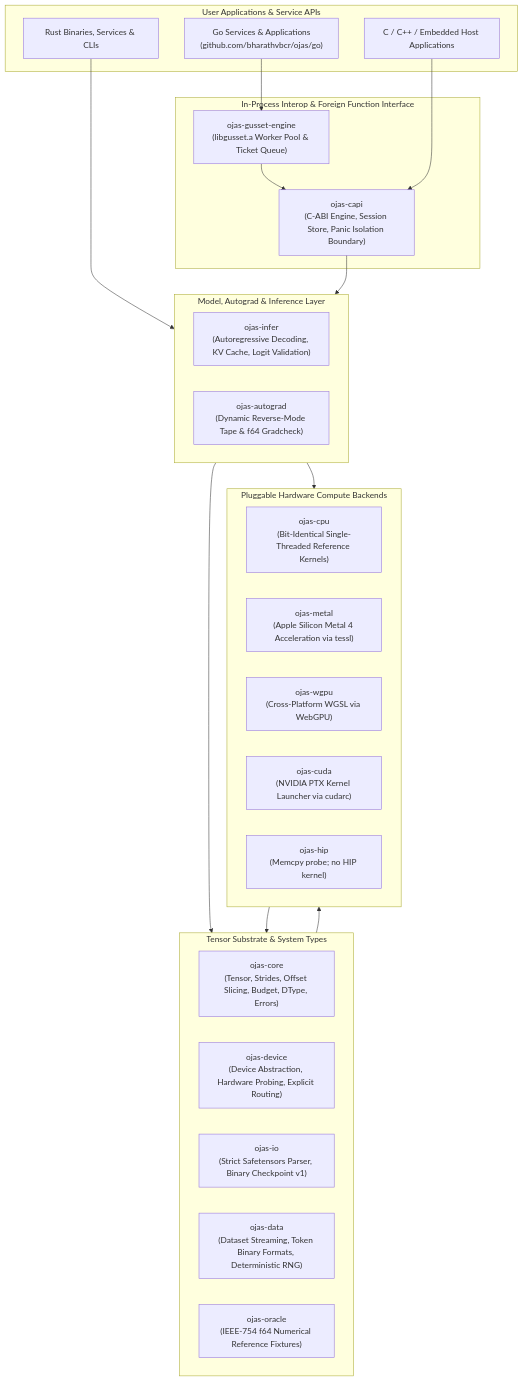
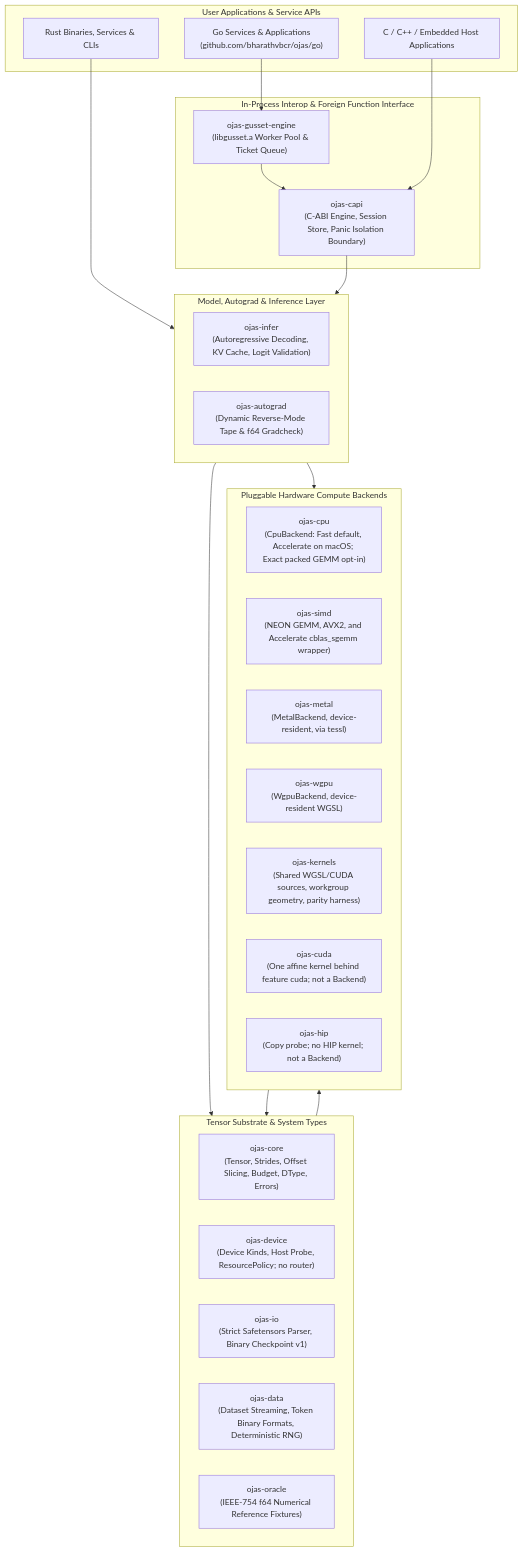
Before and after one commit to bharathvbcr/ojas: the second of 8 diagrams in README.md, drawn with Mermaid. The commit also changed other lines of this file and 341 other files, not shown here.

````diff
--- a/README.md
+++ b/README.md
@@ -56,45 +83,47 @@
 ```mermaid
 flowchart TD
     subgraph Applications["User Applications & Service APIs"]
         GoApp["Go Services & Applications\n(github.com/bharathvbcr/ojas/go)"]
         RustApp["Rust Binaries, Services & CLIs"]
         ForeignApp["C / C++ / Embedded Host Applications"]
     end
 
     subgraph Interop["In-Process Interop & Foreign Function Interface"]
         Gusset["ojas-gusset-engine\n(libgusset.a Worker Pool & Ticket Queue)"]
         CAPI["ojas-capi\n(C-ABI Engine, Session Store, Panic Isolation Boundary)"]
     end
 
     subgraph HighLevel["Model, Autograd & Inference Layer"]
         Infer["ojas-infer\n(Autoregressive Decoding, KV Cache, Logit Validation)"]
         Autograd["ojas-autograd\n(Dynamic Reverse-Mode Tape & f64 Gradcheck)"]
     end
 
     subgraph CoreEngine["Tensor Substrate & System Types"]
         Core["ojas-core\n(Tensor, Strides, Offset Slicing, Budget, DType, Errors)"]
-        Device["ojas-device\n(Device Abstraction, Hardware Probing, Explicit Routing)"]
+        Device["ojas-device\n(Device Kinds, Host Probe, ResourcePolicy; no router)"]
         IO["ojas-io\n(Strict Safetensors Parser, Binary Checkpoint v1)"]
         Data["ojas-data\n(Dataset Streaming, Token Binary Formats, Deterministic RNG)"]
         Oracle["ojas-oracle\n(IEEE-754 f64 Numerical Reference Fixtures)"]
     end
 
     subgraph HardwareBackends["Pluggable Hardware Compute Backends"]
-        CPU["ojas-cpu\n(Bit-Identical Single-Threaded Reference Kernels)"]
-        Metal["ojas-metal\n(Apple Silicon Metal 4 Acceleration via tessl)"]
-        WGPU["ojas-wgpu\n(Cross-Platform WGSL via WebGPU)"]
-        CUDA["ojas-cuda\n(NVIDIA PTX Kernel Launcher via cudarc)"]
-        HIP["ojas-hip\n(Memcpy probe; no HIP kernel)"]
+        CPU["ojas-cpu\n(CpuBackend: Fast default, Accelerate on macOS; Exact packed GEMM opt-in)"]
+        SIMD["ojas-simd\n(NEON GEMM, AVX2, and Accelerate cblas_sgemm wrapper)"]
+        Metal["ojas-metal\n(MetalBackend, device-resident, via tessl)"]
+        WGPU["ojas-wgpu\n(WgpuBackend, device-resident WGSL)"]
+        Kernels["ojas-kernels\n(Shared WGSL/CUDA sources, workgroup geometry, parity harness)"]
+        CUDA["ojas-cuda\n(One affine kernel behind feature cuda; not a Backend)"]
+        HIP["ojas-hip\n(Copy probe; no HIP kernel; not a Backend)"]
     end
 
     GoApp --> Gusset
     Gusset --> CAPI
     ForeignApp --> CAPI
     RustApp --> HighLevel
     CAPI --> HighLevel
 
     HighLevel --> CoreEngine
     HighLevel --> HardwareBackends
     HardwareBackends --> CoreEngine
     CoreEngine --> HardwareBackends
 ```
````
